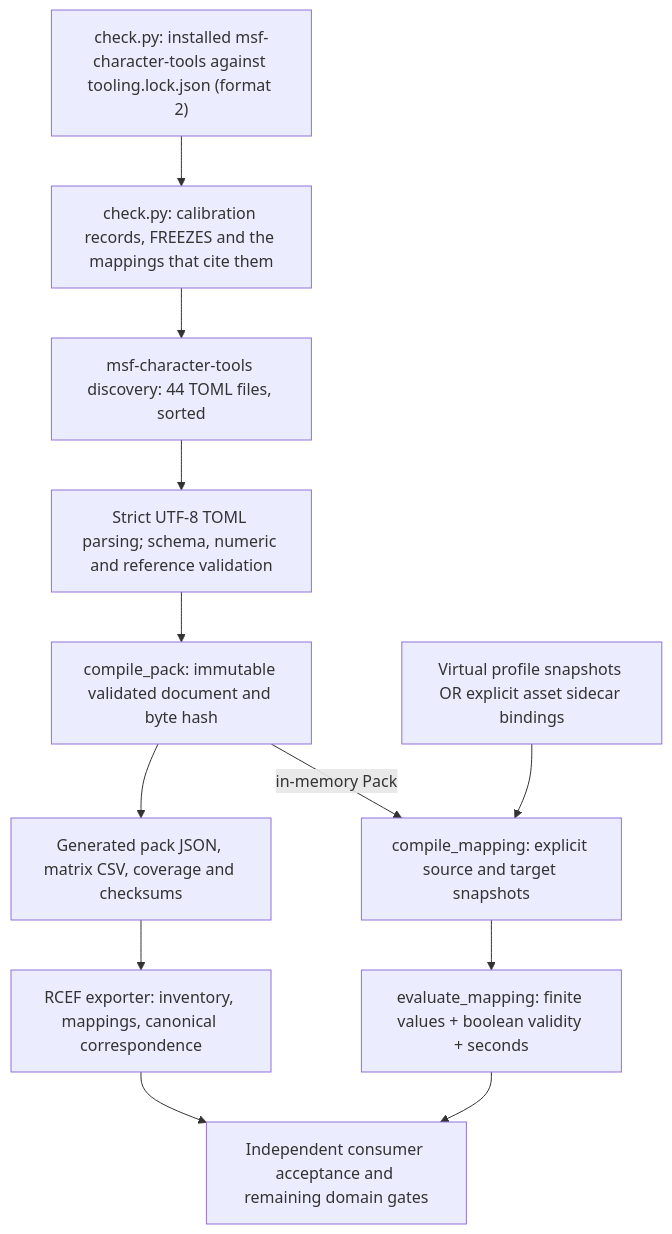
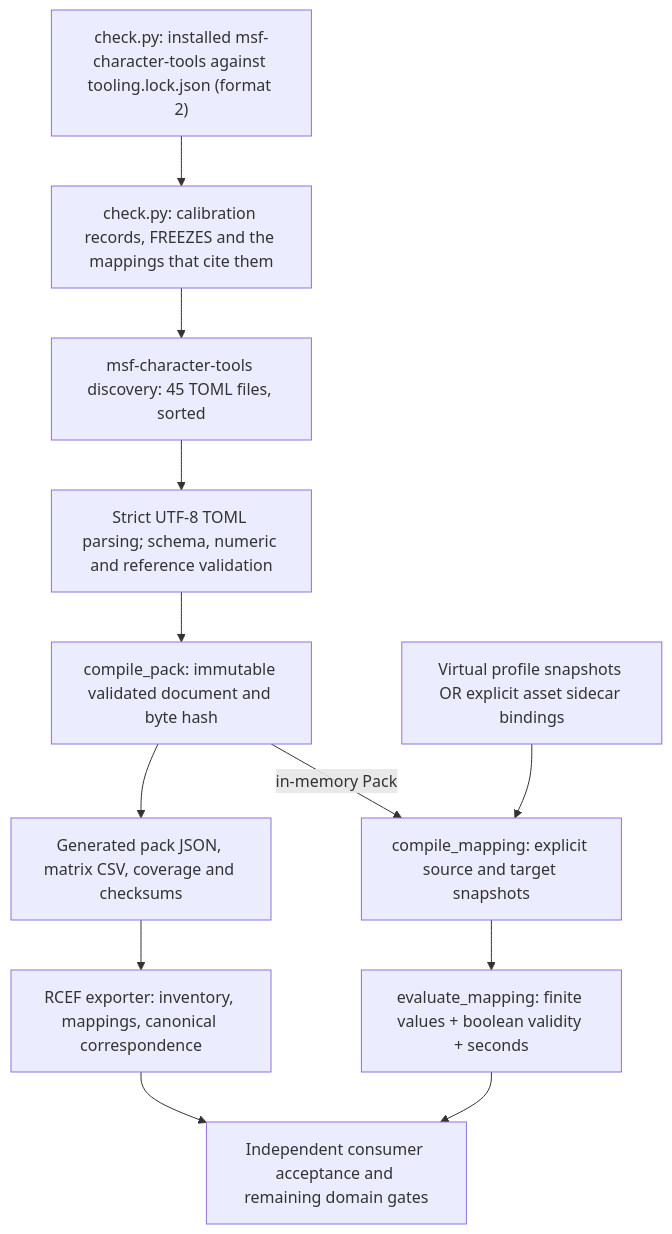
Before and after one commit to MetaverseStandards/RCEF: the first of 2 diagrams in docs/architecture.md, drawn with Mermaid. The commit also changed other lines of this file and 2 other files, not shown here.

Commit message:
Docs: the VRCFaceTracking eye and VRM blink in-maps and the pupils in the changelog, the agents guide (the 4 verified_current pupil copies, 72 canonical expression signals) and the architecture counts (1190 signals, 98 maps, 800 mappings, 45 TOML files)

````diff
--- a/docs/architecture.md
+++ b/docs/architecture.md
@@ -32,14 +32,14 @@
 ```mermaid
 flowchart TD
     L["check.py: installed msf-character-tools against tooling.lock.json (format 2)"] --> K["check.py: calibration records, FREEZES and the mappings that cite them"]
-    K --> B["msf-character-tools discovery: 44 TOML files, sorted"]
+    K --> B["msf-character-tools discovery: 45 TOML files, sorted"]
     B --> C["Strict UTF-8 TOML parsing; schema, numeric and reference validation"]
     C --> D["compile_pack: immutable validated document and byte hash"]
     D --> E["Generated pack JSON, matrix CSV, coverage and checksums"]
     D -->|in-memory Pack| F["compile_mapping: explicit source and target snapshots"]
     P["Virtual profile snapshots OR explicit asset sidecar bindings"] --> F
     F --> G["evaluate_mapping: finite values + boolean validity + seconds"]
     E --> H["RCEF exporter: inventory, mappings, canonical correspondence"]
     G --> I["Independent consumer acceptance and remaining domain gates"]
     H --> I
 ```
````
